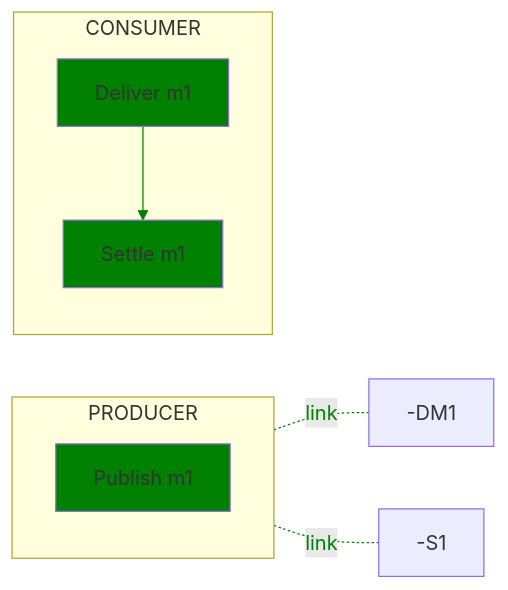
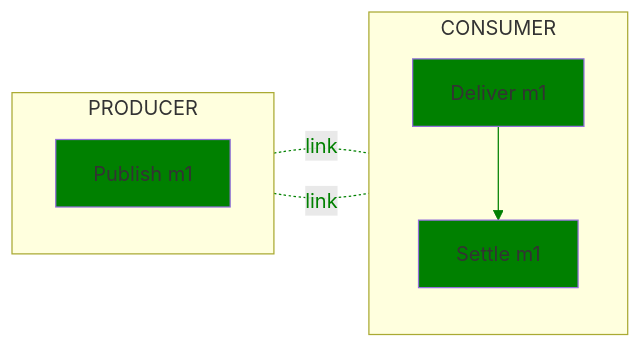
The fourth of 12 diagrams in text/trace/0220-messaging-semantic-conventions-span-structure.md (open-telemetry/oteps), drawn with Mermaid before and after one commit. The commit also changed other lines of this file, not shown here.

Commit message:
Fix diagrams

````diff
--- a/text/trace/0220-messaging-semantic-conventions-span-structure.md
+++ b/text/trace/0220-messaging-semantic-conventions-span-structure.md
@@ -387,17 +387,17 @@
 ```mermaid
 flowchart LR;
   subgraph PRODUCER
     direction TB
     PM1[Publish m1]
   end
   subgraph CONSUMER
     direction TB
     DM1[Deliver m1]-->S1[Settle m1]
   end
-  PM1-. link .--DM1;
-  PM1-. link .--S1;
+  PM1-. link .-DM1;
+  PM1-. link .-S1;
 
   classDef normal fill:green
   class PM1,DM1,S1 normal
   linkStyle 0,1,2 color:green,stroke:green
 ```
````
